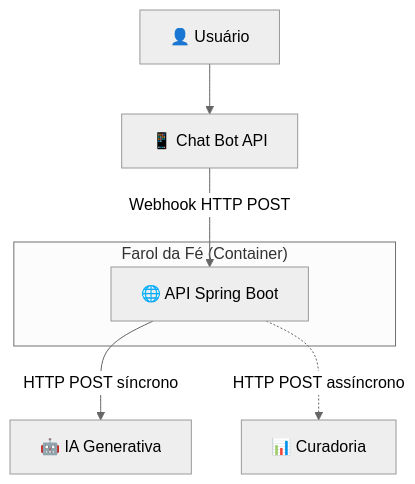
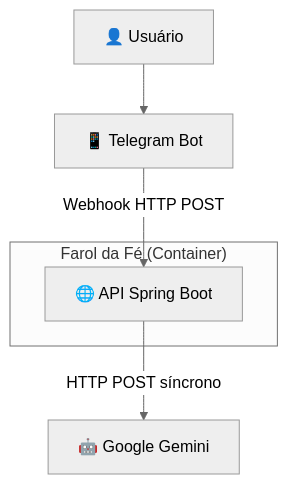
Before and after one commit to razuoss/farol-api: the first of 2 diagrams in docs/architecture.md, drawn with Mermaid (neutral theme). The commit also changed other lines of this file and 19 other files, not shown here.

````diff
--- a/docs/architecture.md
+++ b/docs/architecture.md
@@ -134,17 +165,15 @@
 ```mermaid  
 graph TD
     U["👤 Usuário"]
-    TG["📱 Chat Bot API"]
+    TG["📱 Telegram Bot"]
 
     subgraph "Farol da Fé (Container)"
         API["🌐 API Spring Boot"]
     end
 
-    IA["🤖 IA Generativa"]
-    SHEETS["📊 Curadoria"]
+    IA["🤖 Google Gemini"]
 
     U --> TG
     TG -->|Webhook HTTP POST| API
     API -->|HTTP POST síncrono| IA
-    API -.->|HTTP POST assíncrono| SHEETS
 ```
````
